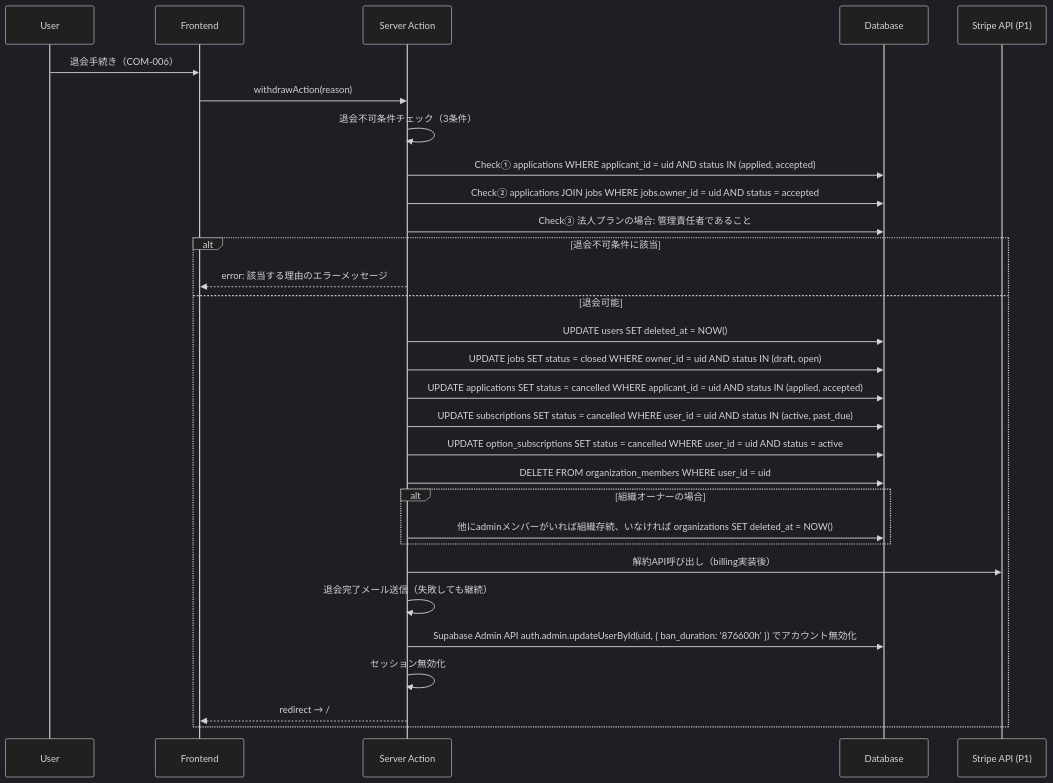
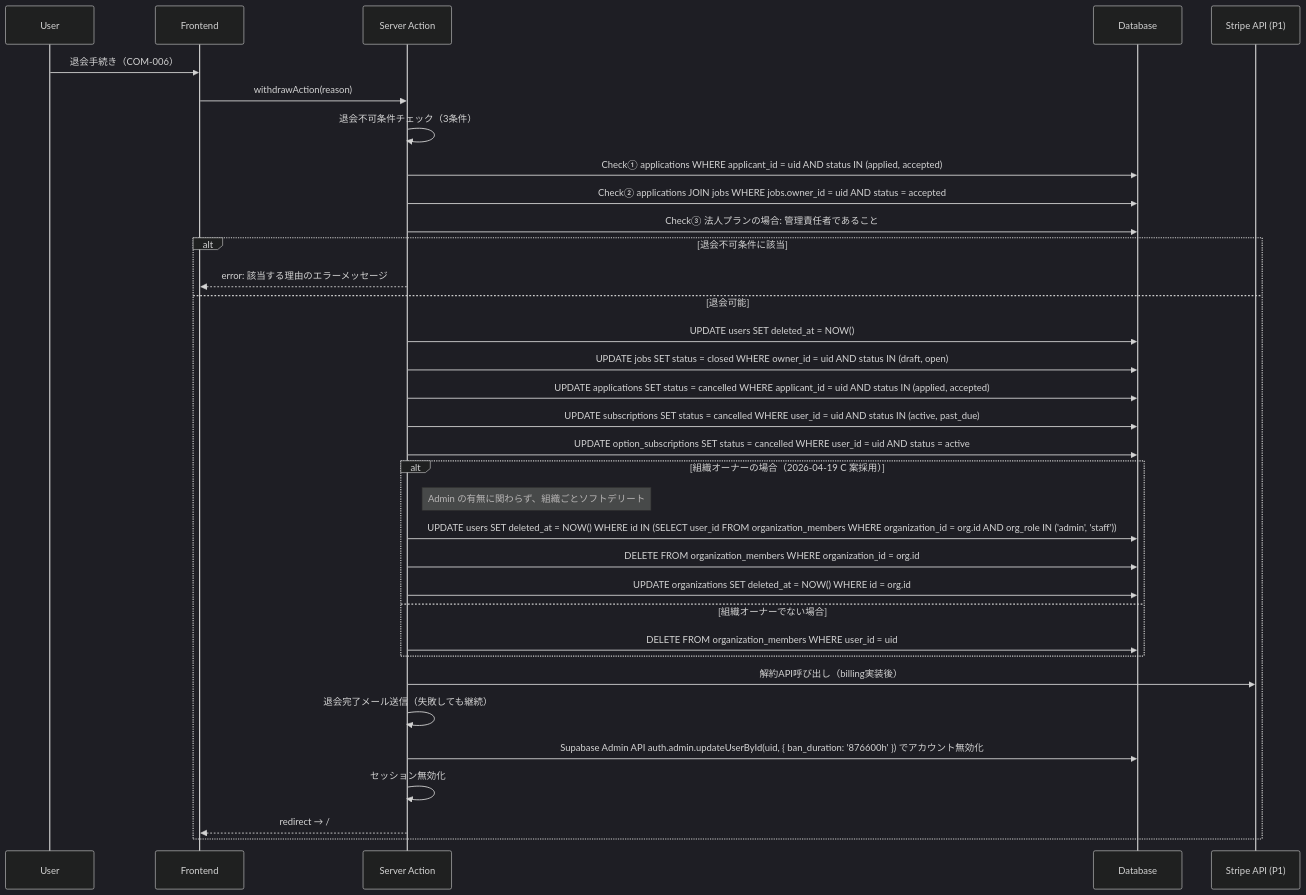
The fifth of 6 diagrams in .kiro/specs/profile/design.md (wildlife-creator/bijiyu), drawn with Mermaid (dark theme) before and after one commit. The commit also changed other lines of this file and 29 other files, not shown here.

````diff
--- a/.kiro/specs/profile/design.md
+++ b/.kiro/specs/profile/design.md
@@ -189,33 +189,37 @@
 ```mermaid
 sequenceDiagram
     participant U as User
     participant FE as Frontend
     participant SA as Server Action
     participant DB as Database
     participant Stripe as Stripe API (P1)
 
     U->>FE: 退会手続き（COM-006）
     FE->>SA: withdrawAction(reason)
     SA->>SA: 退会不可条件チェック（3条件）
     SA->>DB: Check① applications WHERE applicant_id = uid AND status IN (applied, accepted)
     SA->>DB: Check② applications JOIN jobs WHERE jobs.owner_id = uid AND status = accepted
     SA->>DB: Check③ 法人プランの場合: 管理責任者であること
     alt 退会不可条件に該当
         SA-->>FE: error: 該当する理由のエラーメッセージ
     else 退会可能
         SA->>DB: UPDATE users SET deleted_at = NOW()
         SA->>DB: UPDATE jobs SET status = closed WHERE owner_id = uid AND status IN (draft, open)
         SA->>DB: UPDATE applications SET status = cancelled WHERE applicant_id = uid AND status IN (applied, accepted)
         SA->>DB: UPDATE subscriptions SET status = cancelled WHERE user_id = uid AND status IN (active, past_due)
         SA->>DB: UPDATE option_subscriptions SET status = cancelled WHERE user_id = uid AND status = active
-        SA->>DB: DELETE FROM organization_members WHERE user_id = uid
-        alt 組織オーナーの場合
-            SA->>DB: 他にadminメンバーがいれば組織存続、いなければ organizations SET deleted_at = NOW()
+        alt 組織オーナーの場合（2026-04-19 C 案採用）
+            Note right of SA: Admin の有無に関わらず、組織ごとソフトデリート
+            SA->>DB: UPDATE users SET deleted_at = NOW() WHERE id IN (SELECT user_id FROM organization_members WHERE organization_id = org.id AND org_role IN ('admin', 'staff'))
+            SA->>DB: DELETE FROM organization_members WHERE organization_id = org.id
+            SA->>DB: UPDATE organizations SET deleted_at = NOW() WHERE id = org.id
+        else 組織オーナーでない場合
+            SA->>DB: DELETE FROM organization_members WHERE user_id = uid
         end
         SA->>Stripe: 解約API呼び出し（billing実装後）
         SA->>SA: 退会完了メール送信（失敗しても継続）
         SA->>DB: Supabase Admin API auth.admin.updateUserById(uid, { ban_duration: '876600h' }) でアカウント無効化
         SA->>SA: セッション無効化
         SA-->>FE: redirect → /
     end
 ```
````
